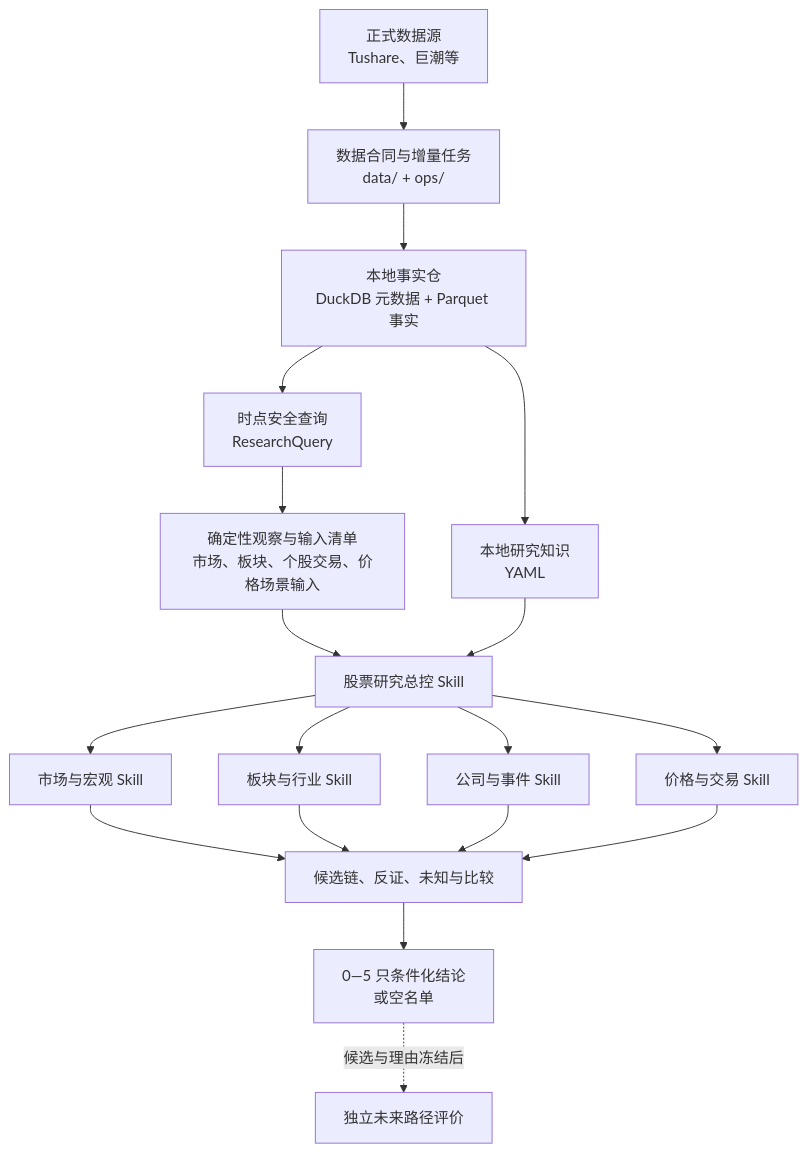
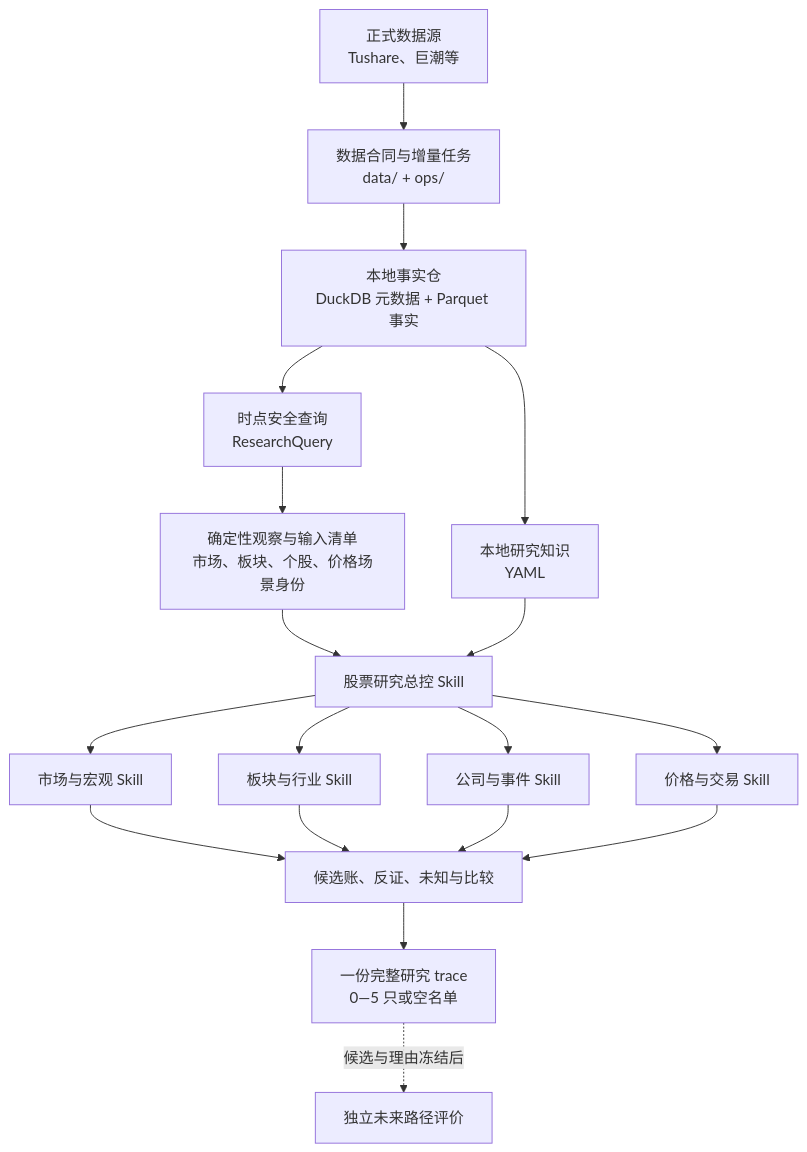
One commit to ccrt26/stock-analysis-assistant-v3 changed the diagram in docs/architecture/current-v3-architecture.md. Above: the diagram before and after it, drawn with Mermaid. The commit also changed other lines of this file and 16 other files, not shown here.

````diff
--- a/docs/architecture/current-v3-architecture.md
+++ b/docs/architecture/current-v3-architecture.md
@@ -61,20 +61,20 @@
 ```mermaid
 flowchart TD
     A["正式数据源<br/>Tushare、巨潮等"] --> B["数据合同与增量任务<br/>data/ + ops/"]
     B --> C["本地事实仓<br/>DuckDB 元数据 + Parquet 事实"]
     C --> D["时点安全查询<br/>ResearchQuery"]
-    D --> E["确定性观察与输入清单<br/>市场、板块、个股交易、价格场景输入"]
+    D --> E["确定性观察与输入清单<br/>市场、板块、个股、价格场景身份"]
     C --> F["本地研究知识<br/>YAML"]
     E --> G["股票研究总控 Skill"]
     F --> G
     G --> H["市场与宏观 Skill"]
     G --> I["板块与行业 Skill"]
     G --> J["公司与事件 Skill"]
     G --> K["价格与交易 Skill"]
-    H --> L["候选链、反证、未知与比较"]
+    H --> L["候选账、反证、未知与比较"]
     I --> L
     J --> L
     K --> L
-    L --> M["0—5 只条件化结论<br/>或空名单"]
+    L --> M["一份完整研究 trace<br/>0—5 只或空名单"]
     M -. "候选与理由冻结后" .-> N["独立未来路径评价"]
 ```
````
